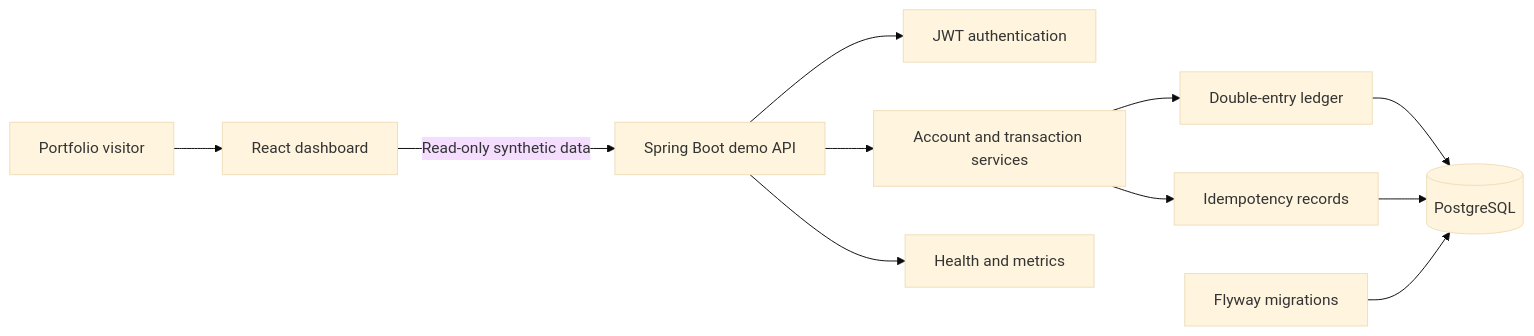
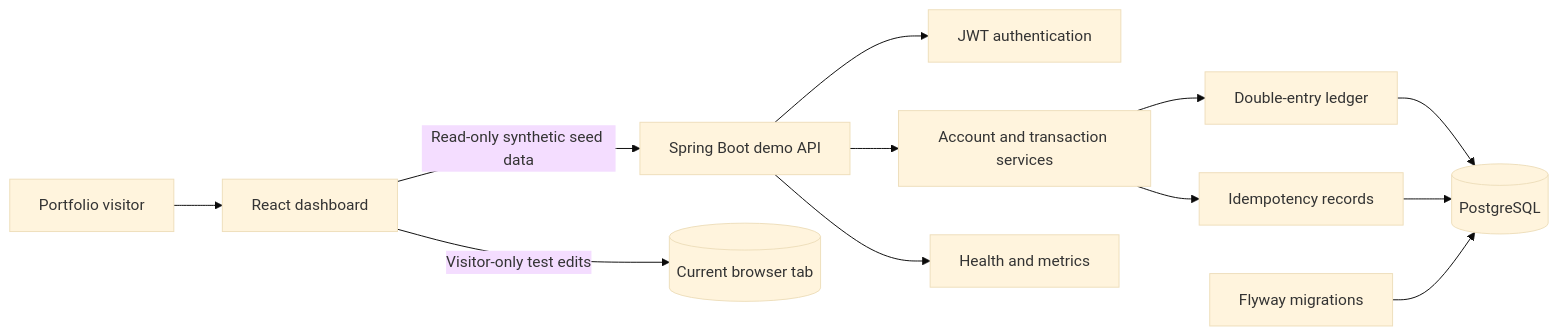
Before and after one commit to Priyadharsan-85/VaultStream: the first of 2 diagrams in README.md, drawn with Mermaid (base theme). The commit also changed other lines of this file, not shown here.

Commit message:
docs: explain visitor sandbox behavior

````diff
--- a/README.md
+++ b/README.md
@@ -36,13 +36,14 @@
 ```mermaid
 flowchart LR
     Visitor[Portfolio visitor] --> Dashboard[React dashboard]
-    Dashboard -->|Read-only synthetic data| API[Spring Boot demo API]
+    Dashboard -->|Read-only synthetic seed data| API[Spring Boot demo API]
+    Dashboard -->|Visitor-only test edits| TabStorage[(Current browser tab)]
     API --> Auth[JWT authentication]
     API --> Services[Account and transaction services]
     Services --> Ledger[Double-entry ledger]
     Services --> Idempotency[Idempotency records]
     Ledger --> DB[(PostgreSQL)]
     Idempotency --> DB
     Migrate[Flyway migrations] --> DB
     API --> Monitoring[Health and metrics]
 ```
````
